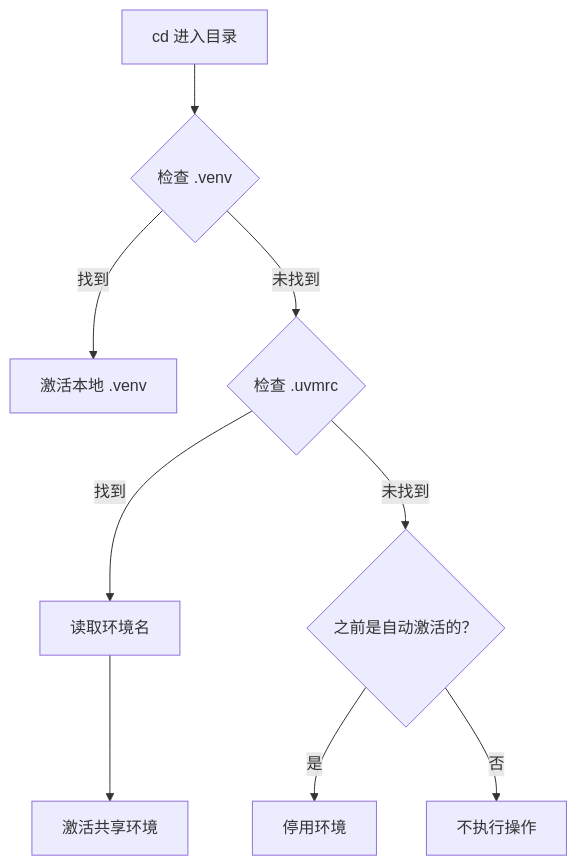
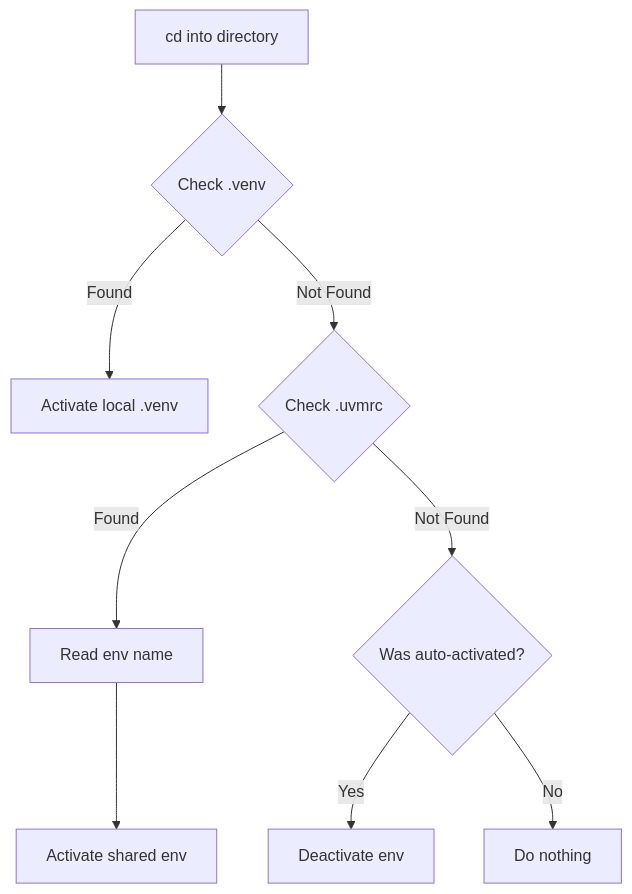
The diagram in README.md (Tendo33/uvm), drawn with Mermaid before and after one commit. The commit also changed other lines of this file and 1 other file, not shown here.

````diff
--- a/README.md
+++ b/README.md
@@ -415,11 +415,11 @@
 ```mermaid
 graph TD
-    A[cd 进入目录] --> B{检查 .venv}
-    B -->|找到| C[激活本地 .venv]
-    B -->|未找到| D{检查 .uvmrc}
-    D -->|找到| E[读取环境名]
-    E --> F[激活共享环境]
-    D -->|未找到| G{之前是自动激活的？}
-    G -->|是| H[停用环境]
-    G -->|否| I[不执行操作]
+    A[cd into directory] --> B{Check .venv}
+    B -->|Found| C[Activate local .venv]
+    B -->|Not Found| D{Check .uvmrc}
+    D -->|Found| E[Read env name]
+    E --> F[Activate shared env]
+    D -->|Not Found| G{Was auto-activated?}
+    G -->|Yes| H[Deactivate env]
+    G -->|No| I[Do nothing]
 ```
````
